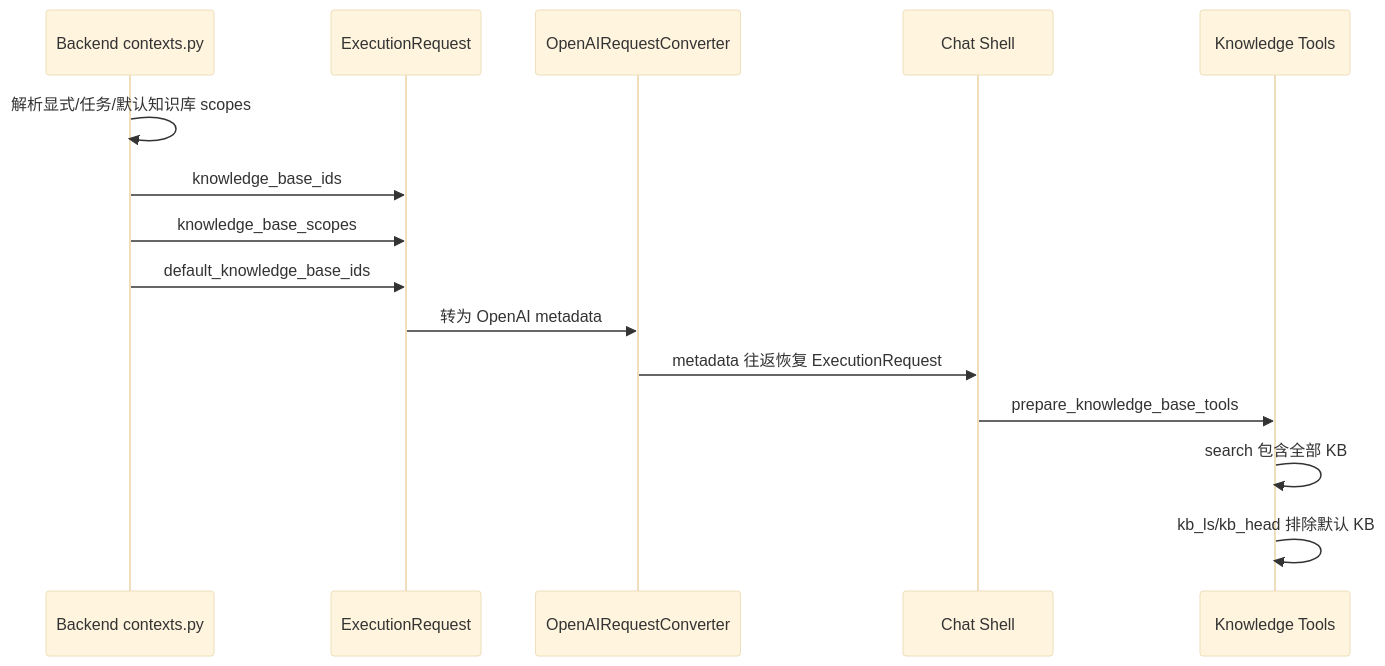
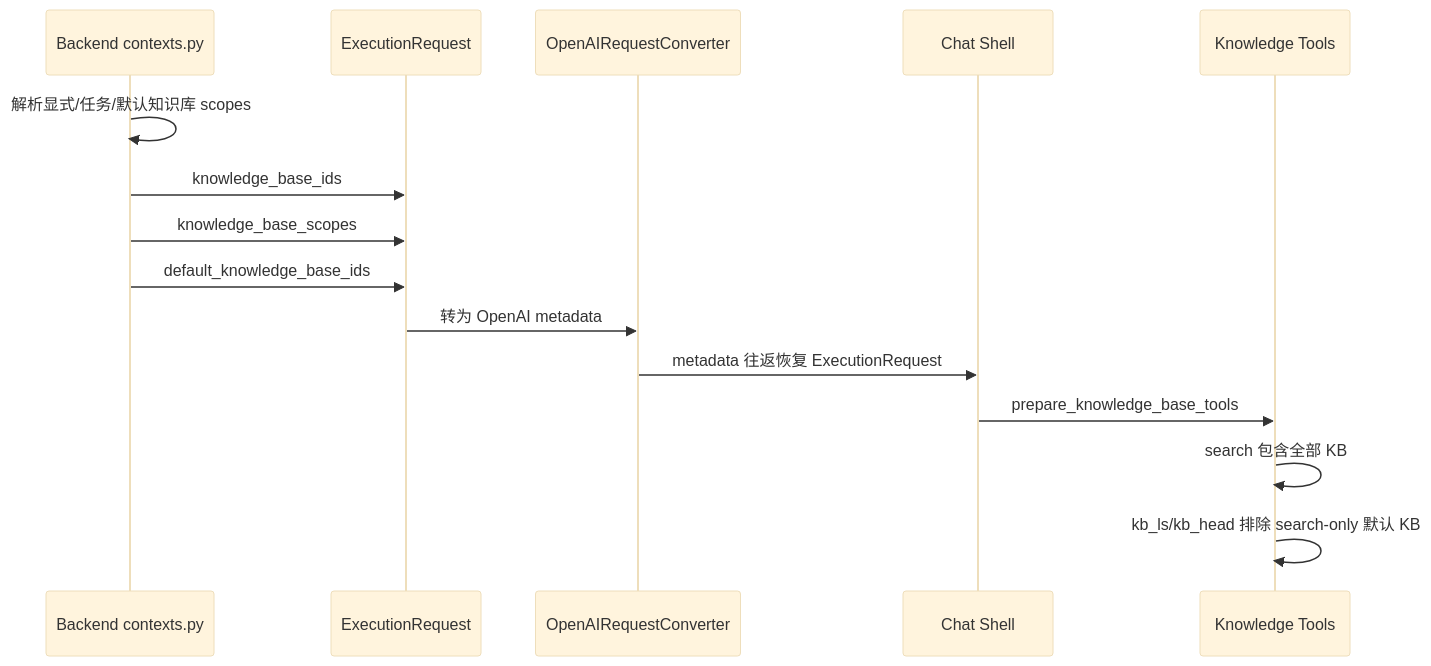
The second of 3 diagrams in docs/discussions/260625_1215_智能体默认知识库任务作用域权限实现设计.md (wecode-ai/Wegent), drawn with Mermaid (base theme) before and after one commit. The commit also changed other lines of this file and 3 other files, not shown here.

````diff
--- a/docs/discussions/260625_1215_智能体默认知识库任务作用域权限实现设计.md
+++ b/docs/discussions/260625_1215_智能体默认知识库任务作用域权限实现设计.md
@@ -265,18 +265,18 @@
 ```mermaid
 sequenceDiagram
     participant B as Backend contexts.py
     participant R as ExecutionRequest
     participant C as OpenAIRequestConverter
     participant S as Chat Shell
     participant T as Knowledge Tools
 
     B->>B: 解析显式/任务/默认知识库 scopes
     B->>R: knowledge_base_ids
     B->>R: knowledge_base_scopes
     B->>R: default_knowledge_base_ids
     R->>C: 转为 OpenAI metadata
     C->>S: metadata 往返恢复 ExecutionRequest
     S->>T: prepare_knowledge_base_tools
     T->>T: search 包含全部 KB
-    T->>T: kb_ls/kb_head 排除默认 KB
+    T->>T: kb_ls/kb_head 排除 search-only 默认 KB
 ```
````
